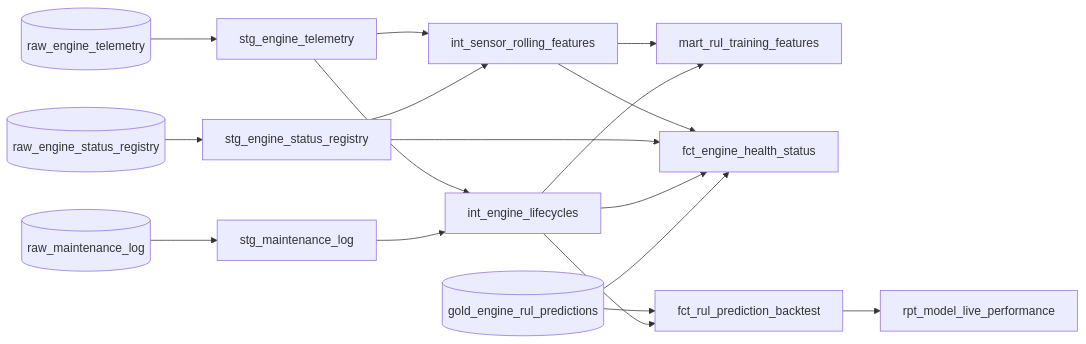
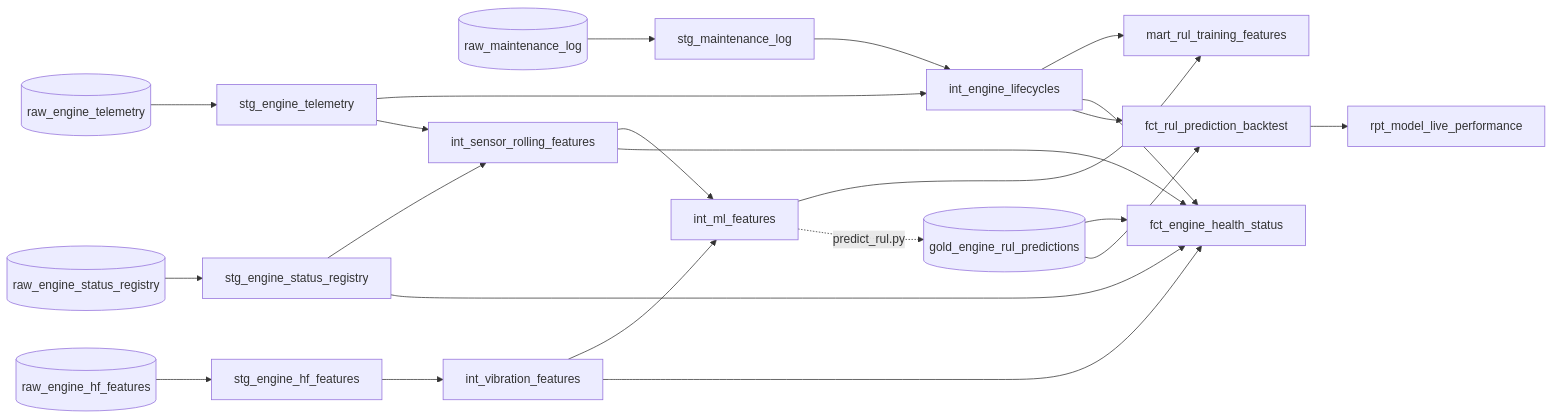
Before and after one commit to mahanfatehian/jet-engine-lakehouse: the diagram in docs/architecture.md, drawn with Mermaid. The commit also changed other lines of this file and 11 other files, not shown here.

````diff
--- a/docs/architecture.md
+++ b/docs/architecture.md
@@ -111,19 +161,25 @@
 ```mermaid
 flowchart LR
     RT[(raw_engine_telemetry)] --> STG[stg_engine_telemetry]
     RR[(raw_engine_status_registry)] --> STR[stg_engine_status_registry]
     RM[(raw_maintenance_log)] --> STM[stg_maintenance_log]
     STG --> LC[int_engine_lifecycles]
     STM --> LC
+    RH[(raw_engine_hf_features)] --> SHF[stg_engine_hf_features]
     STG --> F[int_sensor_rolling_features]
     STR --> F
-    F --> MART[mart_rul_training_features]
+    SHF --> VIB[int_vibration_features]
+    F --> ML[int_ml_features]
+    VIB --> ML
+    ML --> MART[mart_rul_training_features]
     LC --> MART
     F --> FCT[fct_engine_health_status]
+    VIB --> FCT
     STR --> FCT
     LC --> FCT
     P[(gold_engine_rul_predictions)] --> FCT
+    ML -.->|predict_rul.py| P
     P --> BT[fct_rul_prediction_backtest]
     LC --> BT
     BT --> RPT[rpt_model_live_performance]
 ```
````
